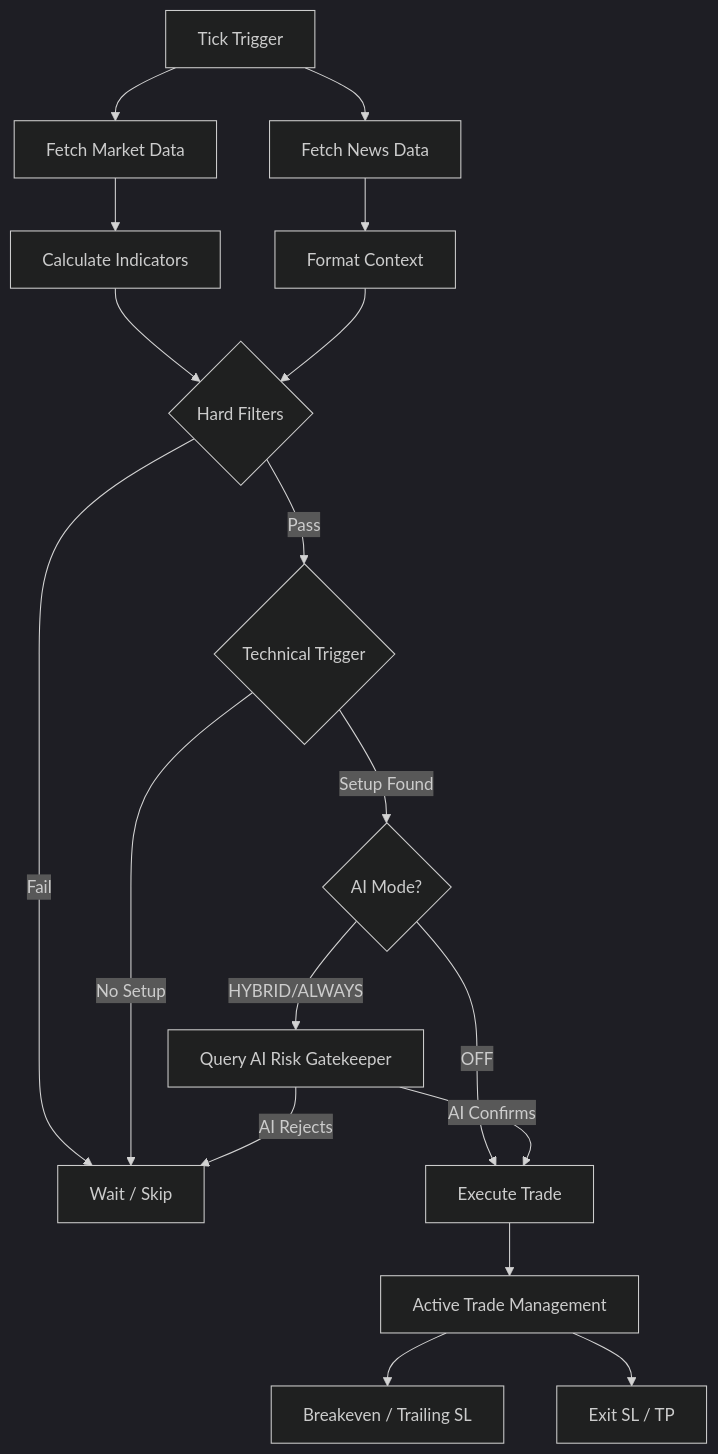
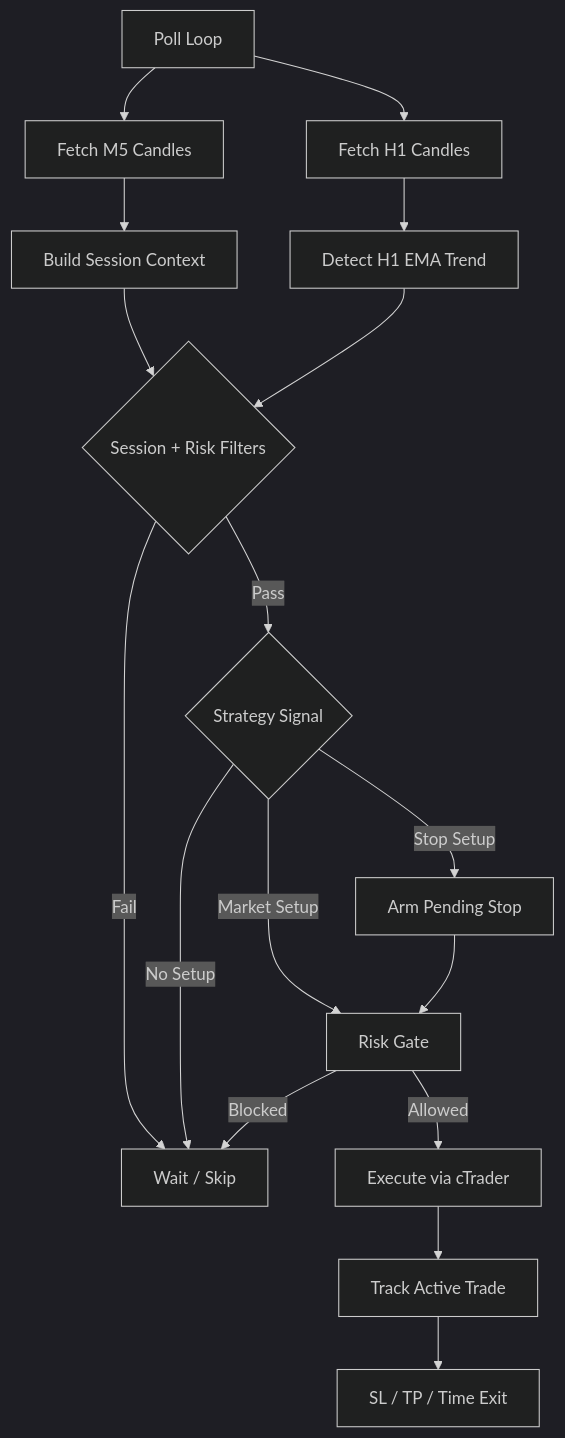
Before and after one commit to michaelmbugua-me/ic-robots: the diagram in README.md, drawn with Mermaid (dark theme). The commit also changed other lines of this file and 9 other files, not shown here.

````diff
--- a/README.md
+++ b/README.md
@@ -12,20 +12,19 @@
 ```mermaid
 graph TD
-    A[Tick Trigger] --> B[Fetch Market Data]
-    A --> C[Fetch News Data]
-    B --> D[Calculate Indicators]
-    C --> E[Format Context]
-    D --> F{Hard Filters}
+    A[Poll Loop] --> B[Fetch M5 Candles]
+    A --> C[Fetch H1 Candles]
+    B --> D[Build Session Context]
+    C --> E[Detect H1 EMA Trend]
+    D --> F{Session + Risk Filters}
     E --> F
     F -- Fail --> G[Wait / Skip]
-    F -- Pass --> H{Technical Trigger}
+    F -- Pass --> H{Strategy Signal}
     H -- No Setup --> G
-    H -- Setup Found --> I{AI Mode?}
-    I -- OFF --> J[Execute Trade]
-    I -- HYBRID/ALWAYS --> K[Query AI Risk Gatekeeper]
-    K -- AI Rejects --> G
-    K -- AI Confirms --> J
-    J --> L[Active Trade Management]
-    L --> M[Breakeven / Trailing SL]
-    L --> N[Exit SL / TP]
+    H -- Stop Setup --> I[Arm Pending Stop]
+    H -- Market Setup --> J[Risk Gate]
+    I --> J
+    J -- Blocked --> G
+    J -- Allowed --> K[Execute via cTrader]
+    K --> L[Track Active Trade]
+    L --> M[SL / TP / Time Exit]
 ```
````
